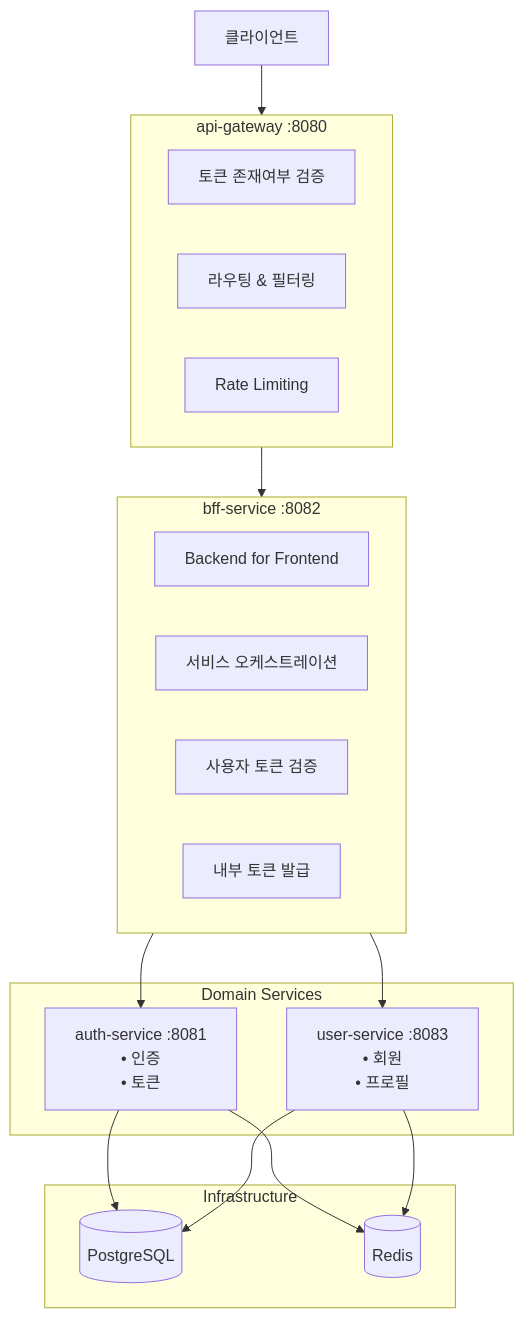
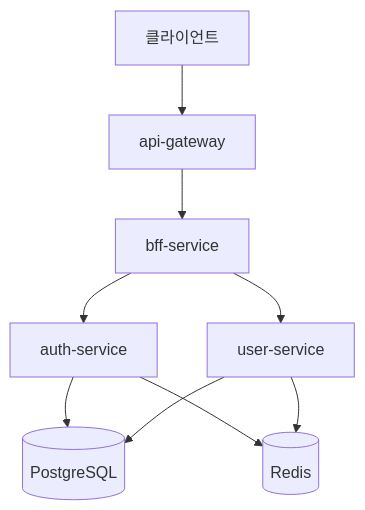
The first of 2 diagrams in README.md (LiamKim-DaeYong/nextmall), drawn with Mermaid before and after one commit. The commit also changed other lines of this file, not shown here.

Commit message:
docs(readme): MSA 다이어그램 및 서비스 설명 업데이트 (#61)
* test: 테스트 인프라 구축 및 README 최신화

- 테스트 어노테이션 정비 (IntegrationTest, RepositoryTest, WebMvcTestSupport)
- Testcontainers 기반 PostgreSQL/Redis 통합 테스트 환경 구성
- 테스트용 Security 설정 및 인증 유틸 추가
- Redis Store 네이밍 일관성 개선 (Repository → Store)
- README 현행화: Mermaid 다이어그램, API 엔드포인트, 환경변수, 문서 링크

* test: 테스트 어노테이션 리팩토링 및 공통 설정 개선

- WebMvcTestSupport 제거 및 ControllerTest 추가
- IntegrationTest, RepositoryTest에 @Import 추가로 설정 분리
- TestContextConfig에 @Configuration 적용하여 역할 명확화
- 테스트 설정 간소화 및 코드 가독성 향상

* docs(readme): MSA 다이어그램 및 서비스 설명 업데이트

- Mermaid 다이어그램 간소화 및 가독성 향상
- 서비스 구성 표 추가로 역할 명확화
- 설계 노트 및 핵심 원칙 보완

````diff
--- a/README.md
+++ b/README.md
@@ -32,36 +32,11 @@
 ```mermaid
-flowchart TB
-    Client[클라이언트]
-
-    subgraph Gateway["api-gateway :8080"]
-        G1[토큰 존재여부 검증]
-        G2[라우팅 & 필터링]
-        G3[Rate Limiting]
-    end
-
-    subgraph BFF["bff-service :8082"]
-        B1[Backend for Frontend]
-        B2[서비스 오케스트레이션]
-        B3[사용자 토큰 검증]
-        B4[내부 토큰 발급]
-    end
-
-    subgraph Services[Domain Services]
-        Auth["auth-service :8081<br/>• 인증<br/>• 토큰"]
-        User["user-service :8083<br/>• 회원<br/>• 프로필"]
-    end
-
-    subgraph Infra[Infrastructure]
-        DB[(PostgreSQL)]
-        Cache[(Redis)]
-    end
-
-    Client --> Gateway
-    Gateway --> BFF
-    BFF --> Auth
-    BFF --> User
-    Auth --> DB
-    Auth --> Cache
+flowchart TD
+    Client[클라이언트] --> Gateway[api-gateway]
+    Gateway --> BFF[bff-service]
+    BFF --> Auth[auth-service]
+    BFF --> User[user-service]
+    Auth --> DB[(PostgreSQL)]
     User --> DB
-    User --> Cache
+    Auth --> Redis[(Redis)]
+    User --> Redis
 ```
````
